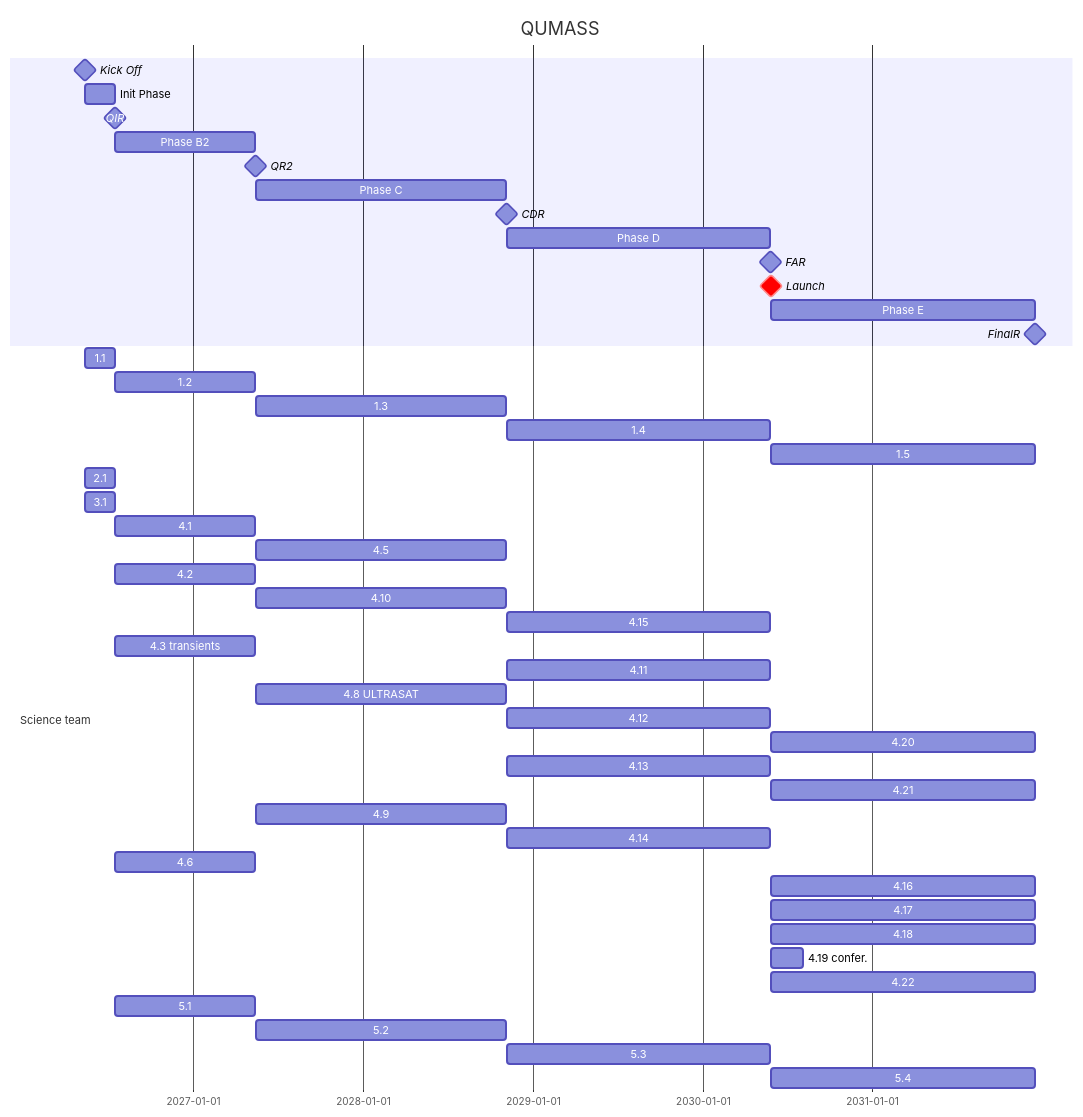
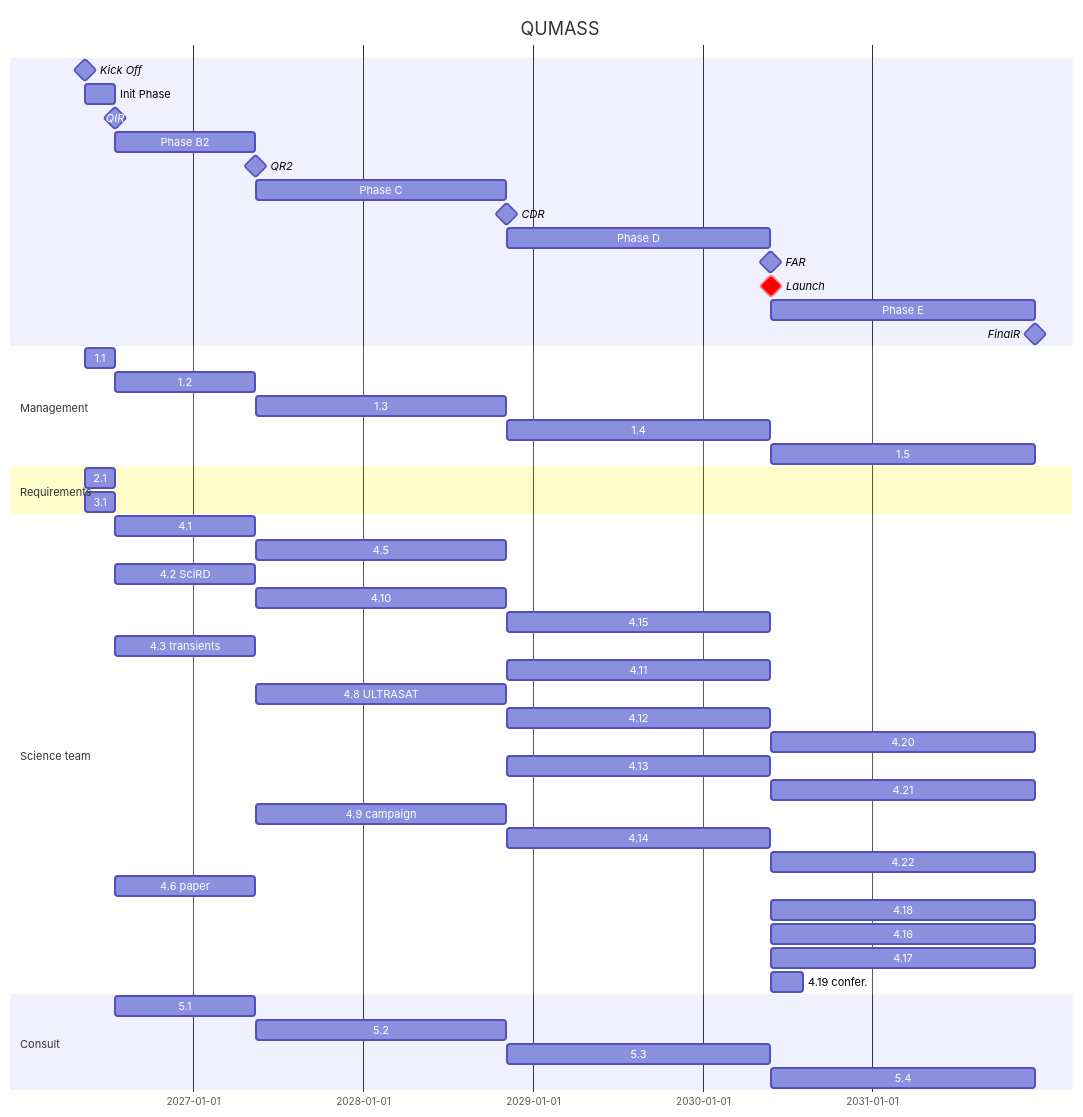
One commit to limu007/quvik changed the diagram in calib/Science.md. Above: the diagram before and after it, drawn with Mermaid.

Commit message:
Refactor sections in Science.md for clarity

````diff
--- a/calib/Science.md
+++ b/calib/Science.md
@@ -1,51 +1,54 @@
 ```mermaid
 gantt
     title QUMASS
     dateFormat  YYYY-MM-DD
     Kick Off : milestone, ko, 2026-05-14, 1d
     Init Phase : b1, after ko, 9w
     QIR : milestone, ir, after b1, 1d
     Phase B2 : b2, after ir, 43w
     QR2 : milestone, pdr, after b2, 1d
     Phase C : c1, after pdr, 77w
     CDR : milestone, cdr, after c1, 1d
     Phase D : d1, after cdr, 81w
     FAR : milestone, far, after d1, 1d
     Launch : crit, milestone, frr, after far, 1d
     Phase E : e1, after far, 81w
     FinalR : milestone, fr, after e1, 1d
 
-    section Science team
+    section Management
     1.1 : after ko, until ir
     1.2 : after ir, until pdr
     1.3 : after pdr, until cdr
     1.4 : after cdr, until far
     1.5 : after far, until fr
+    section Requirements
     2.1 : after ko, until ir
     3.1 : after ko, until ir
+    section Science team
     4.1 : after ir, until pdr
     4.5 : after pdr, until cdr
-    4.2 : after ir, until pdr
+    4.2 SciRD : after ir, until pdr
     4.10 : after pdr, until cdr
     4.15 : after cdr, until far
     4.3 transients : after ir, until pdr
     4.11 : after cdr, until far
     4.8 ULTRASAT : after pdr, until cdr
     4.12 : after cdr, until far
     4.20 : after far, until fr
     4.13 : after cdr, until far
     4.21 : after far, until fr
-    4.9 : after pdr, until cdr
+    4.9 campaign : after pdr, until cdr
     4.14 : after cdr, until far
-    4.6 : after ir, until pdr
+    4.22 : after far, until fr
+    4.6 paper : after ir, until pdr
+    4.18 : after far, until fr
     4.16 : after far, until fr
     4.17 : after far, until fr
-    4.18 : after far, until fr
     4.19 confer. : after far, 10w
-    4.22 : after far, until fr
+    section Consult
     5.1 : after ir, until pdr
     5.2 : after pdr, until cdr
     5.3 : after cdr, until far
     5.4 : after far, until fr
 
 ```
````
